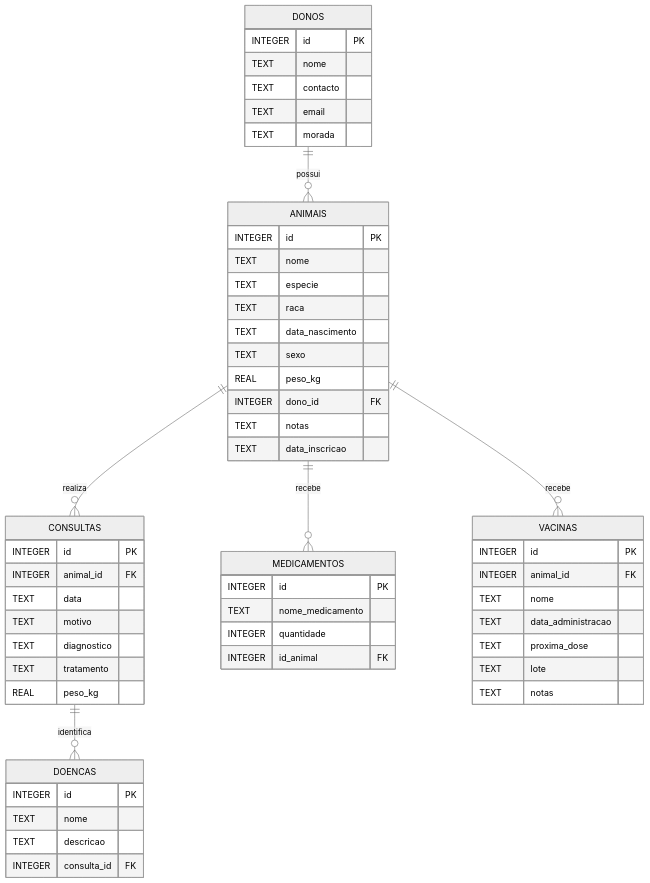
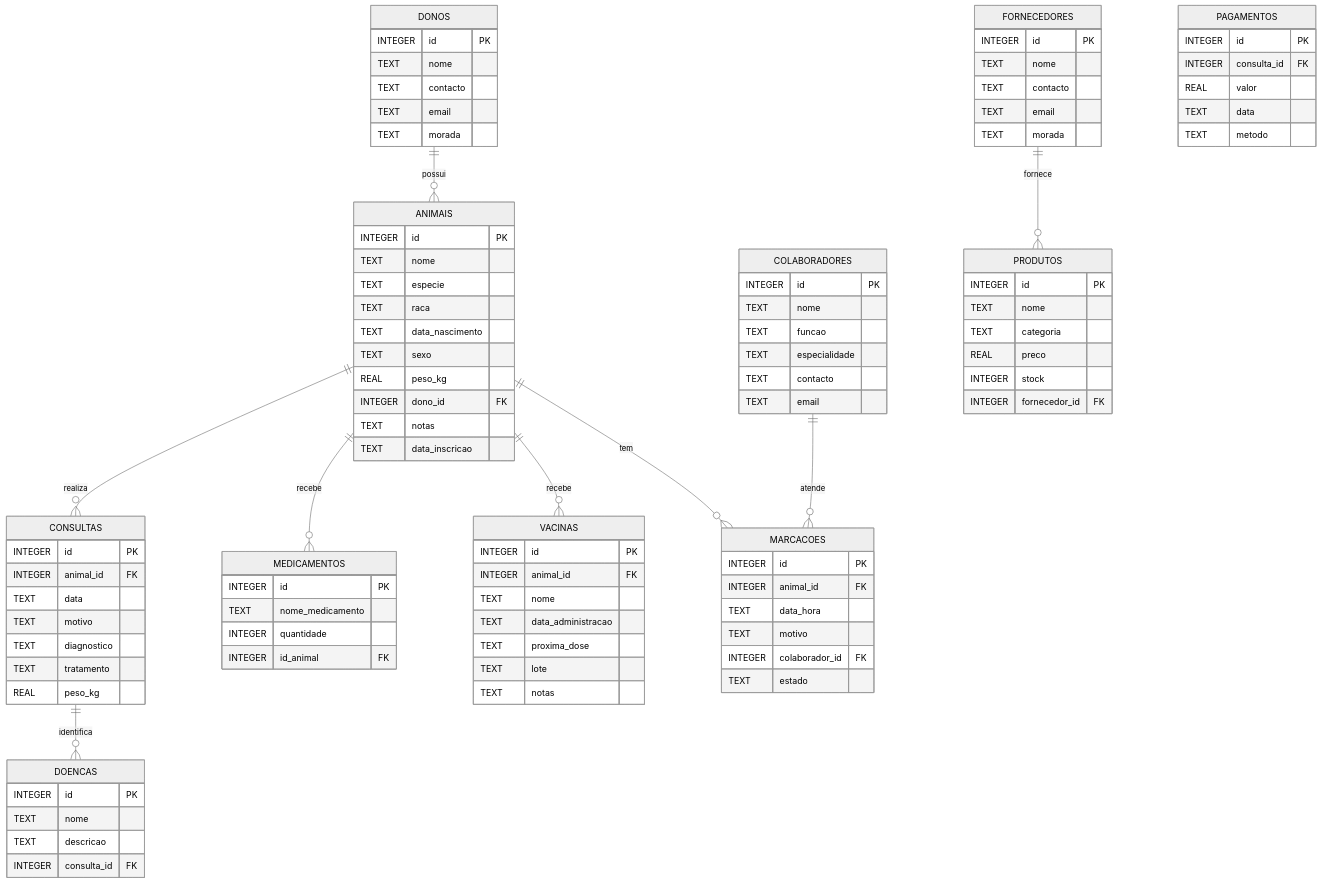
The diagram in README.md (BTG70940/Veterinario-app), drawn with Mermaid (neutral theme) before and after one commit. The commit also changed other lines of this file, not shown here.

Commit message:
Atualiza README com pagamentos, lembretes e estado final das stories

````diff
--- a/README.md
+++ b/README.md
@@ -130,6 +344,9 @@
     ANIMAIS ||--o{ MEDICAMENTOS : recebe
     CONSULTAS ||--o{ DOENCAS : identifica
     ANIMAIS ||--o{ VACINAS : recebe
+    ANIMAIS ||--o{ MARCACOES : tem
+    COLABORADORES ||--o{ MARCACOES : atende
+    FORNECEDORES ||--o{ PRODUTOS : fornece
 
     DONOS {
         INTEGER id PK
@@ -185,4 +402,47 @@
         TEXT lote
         TEXT notas
     }
+
+    COLABORADORES {
+        INTEGER id PK
+        TEXT nome
+        TEXT funcao
+        TEXT especialidade
+        TEXT contacto
+        TEXT email
+    }
+
+    MARCACOES {
+        INTEGER id PK
+        INTEGER animal_id FK
+        TEXT data_hora
+        TEXT motivo
+        INTEGER colaborador_id FK
+        TEXT estado
+    }
+
+    FORNECEDORES {
+        INTEGER id PK
+        TEXT nome
+        TEXT contacto
+        TEXT email
+        TEXT morada
+    }
+
+    PRODUTOS {
+        INTEGER id PK
+        TEXT nome
+        TEXT categoria
+        REAL preco
+        INTEGER stock
+        INTEGER fornecedor_id FK
+    }
+    
+    PAGAMENTOS {
+        INTEGER id PK
+        INTEGER consulta_id FK
+        REAL valor
+        TEXT data
+        TEXT metodo
+    }
 ```
````
